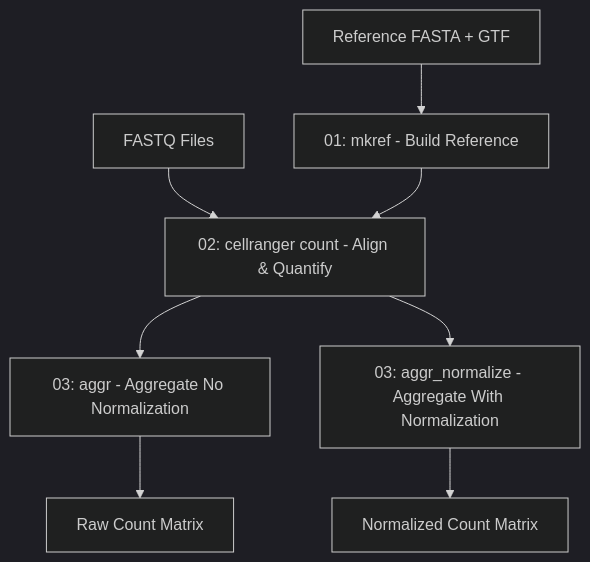
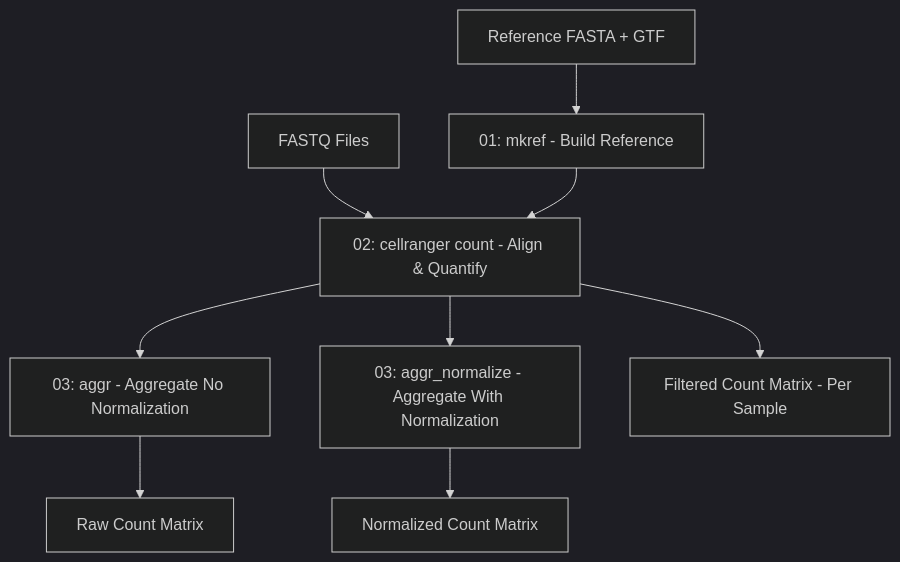
The diagram in scripts/cellranger/README.md (ehda-dolatabadi/BINF7700_Capstone), drawn with Mermaid (dark theme) before and after one commit. The commit also changed 1 other file, not shown here.

````diff
--- a/scripts/cellranger/README.md
+++ b/scripts/cellranger/README.md
@@ -103,10 +103,11 @@
 ```mermaid
 graph TD
     A[Reference FASTA + GTF] --> B[01: mkref - Build Reference]
     C[FASTQ Files] --> D[02: cellranger count - Align & Quantify]
     B --> D
     D --> E[03: aggr - Aggregate No Normalization]
     D --> F[03: aggr_normalize - Aggregate With Normalization]
+    D --> I[Filtered Count Matrix - Per Sample]
     E --> G[Raw Count Matrix]
     F --> H[Normalized Count Matrix]
 ```
````
